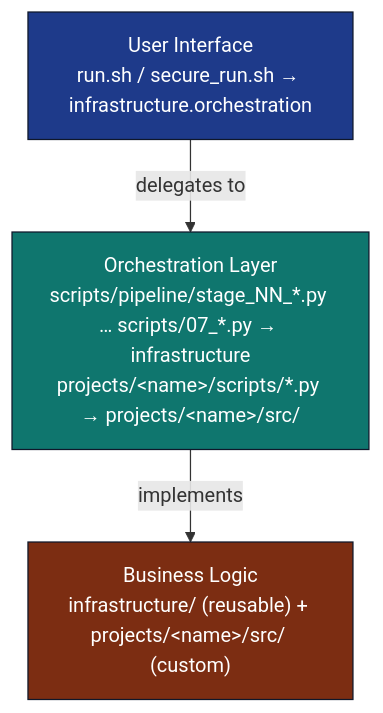
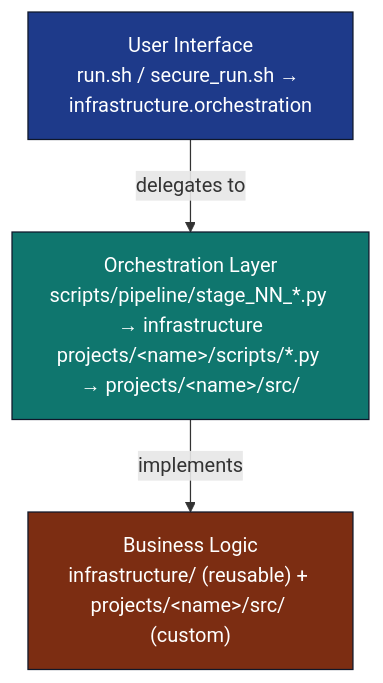
Before and after one commit to docxology/template: the first of 2 diagrams in docs/RUN_GUIDE.md, drawn with Mermaid. The commit also changed other lines of this file and 1834 other files, not shown here.

````diff
--- a/docs/RUN_GUIDE.md
+++ b/docs/RUN_GUIDE.md
@@ -16,16 +16,16 @@
 ```mermaid
 flowchart TB
     UI["User Interface<br/>run.sh / secure_run.sh → infrastructure.orchestration"]
-    ORCH["Orchestration Layer<br/>scripts/pipeline/stage_NN_*.py … scripts/07_*.py → infrastructure<br/>projects/&lt;name&gt;/scripts/*.py → projects/&lt;name&gt;/src/"]
+    ORCH["Orchestration Layer<br/>scripts/pipeline/stage_NN_*.py → infrastructure<br/>projects/&lt;name&gt;/scripts/*.py → projects/&lt;name&gt;/src/"]
     LOGIC["Business Logic<br/>infrastructure/ (reusable) + projects/&lt;name&gt;/src/ (custom)"]
 
     UI -- delegates to --> ORCH
     ORCH -- implements --> LOGIC
 
     classDef ui fill:#1e3a8a,stroke:#0f172a,color:#fff
     classDef orch fill:#0f766e,stroke:#0f172a,color:#fff
     classDef logic fill:#7c2d12,stroke:#0f172a,color:#fff
     class UI ui
     class ORCH orch
     class LOGIC logic
 ```
````
